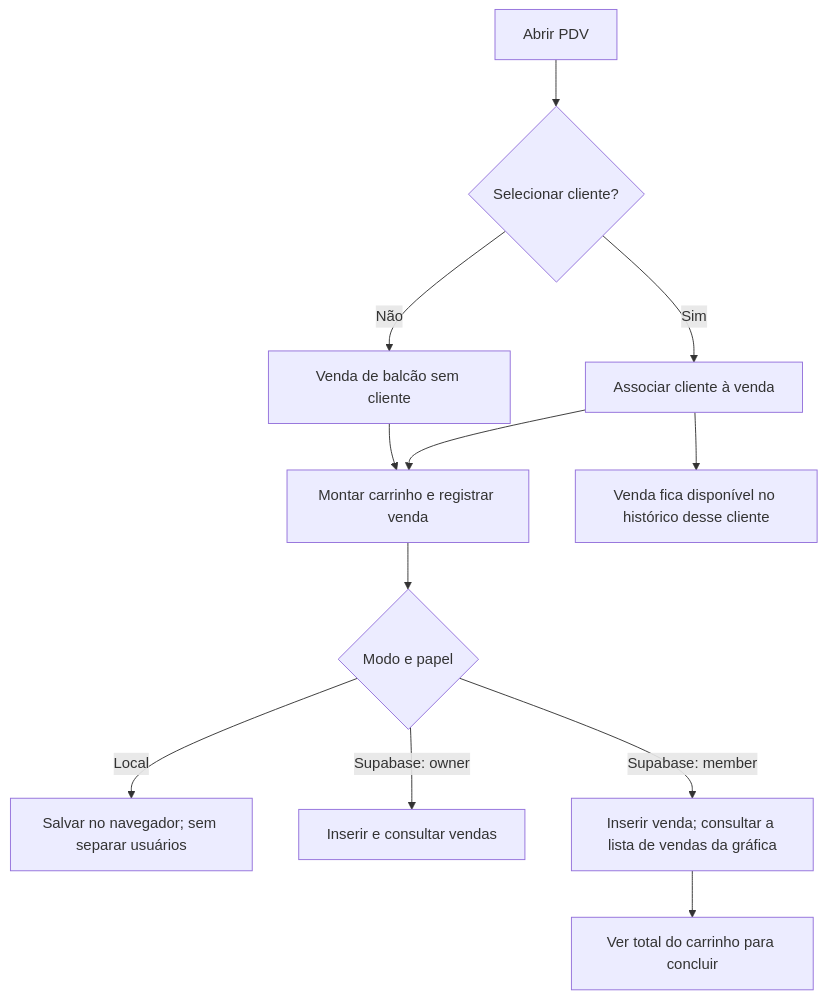
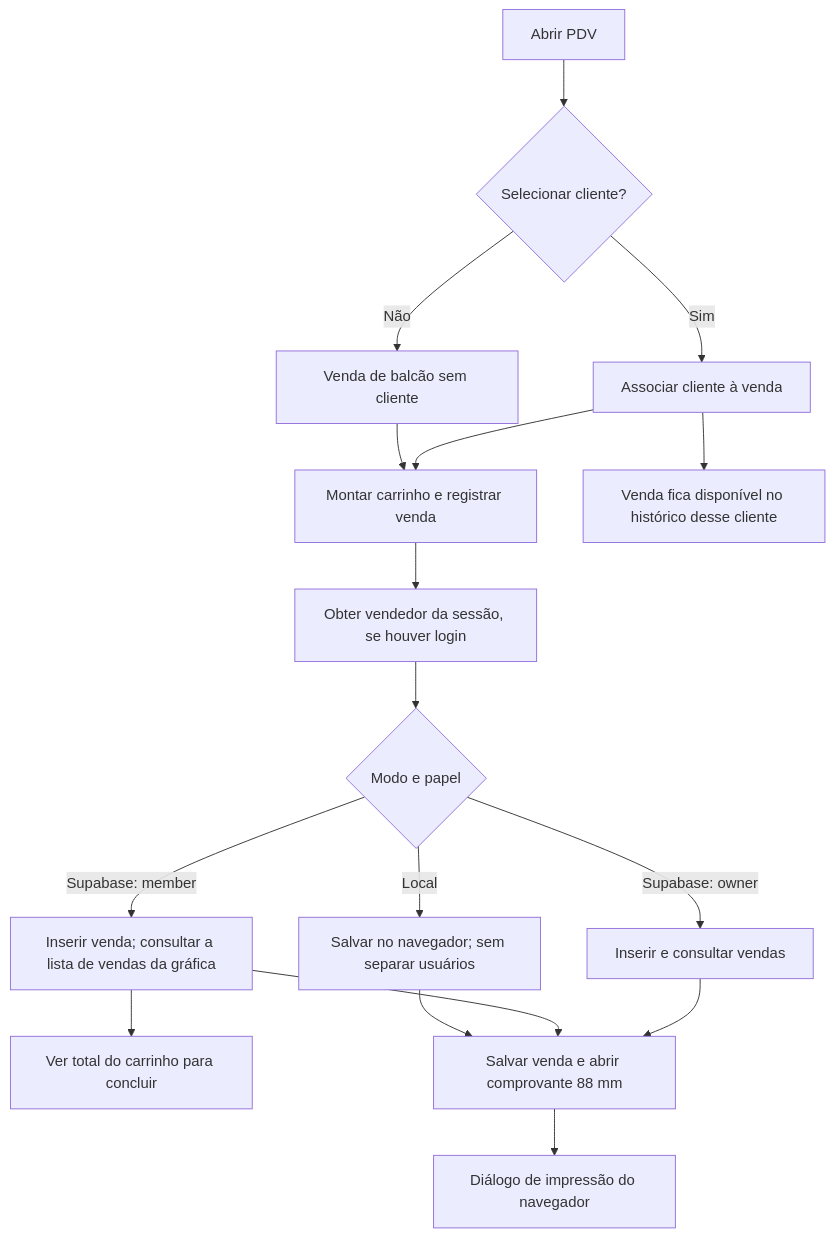
The second of 7 diagrams in FLUXOGRAMA.md (rockbca-dotcom/grafica-livre), drawn with Mermaid before and after one commit. The commit also changed other lines of this file and 16 other files, not shown here.

````diff
--- a/FLUXOGRAMA.md
+++ b/FLUXOGRAMA.md
@@ -31,14 +31,19 @@
 ```mermaid
 flowchart TD
     PDV[Abrir PDV] --> CLIENTE{Selecionar cliente?}
     CLIENTE -->|Sim| ASSOCIAR[Associar cliente à venda]
     CLIENTE -->|Não| SEM[Venda de balcão sem cliente]
     ASSOCIAR --> ADD[Montar carrinho e registrar venda]
     SEM --> ADD
-    ADD --> ROLE{Modo e papel}
+    ADD --> USER[Obter vendedor da sessão, se houver login]
+    USER --> ROLE{Modo e papel}
     ROLE -->|Local| LOCAL[Salvar no navegador; sem separar usuários]
     ROLE -->|Supabase: owner| OWNER[Inserir e consultar vendas]
     ROLE -->|Supabase: member| MEMBER[Inserir venda; consultar a lista de vendas da gráfica]
     MEMBER --> TOTAL[Ver total do carrinho para concluir]
     ASSOCIAR --> HIST[Venda fica disponível no histórico desse cliente]
+    OWNER --> RECEIPT[Salvar venda e abrir comprovante 88 mm]
+    MEMBER --> RECEIPT
+    LOCAL --> RECEIPT
+    RECEIPT --> PRINT[Diálogo de impressão do navegador]
 ```
````
